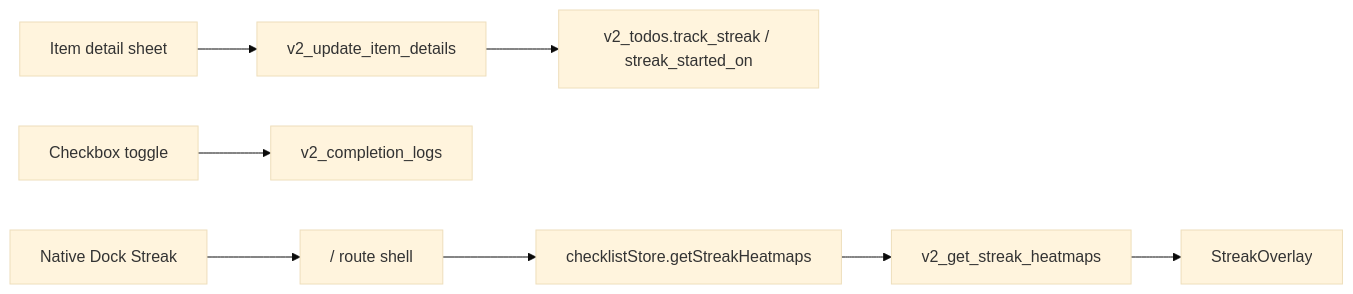
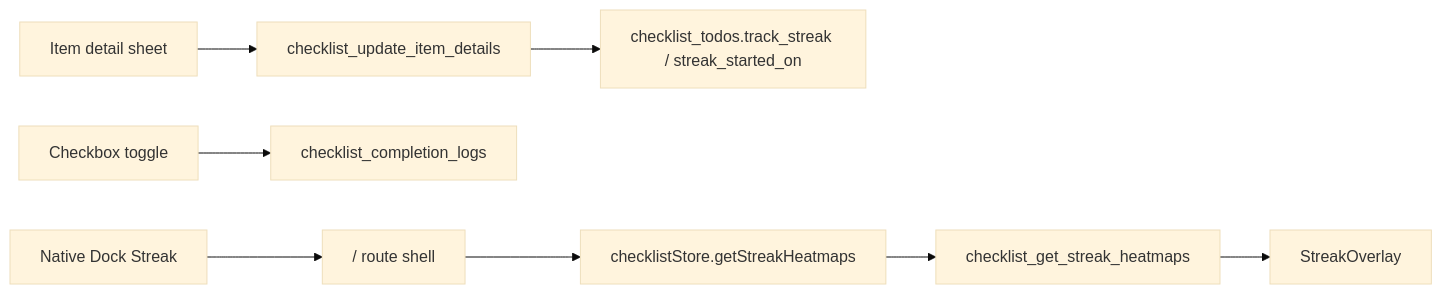
One commit to U-Keun/Tickly changed the diagram in docs/rebuild-notes/016-streak-direction.md. Above: the diagram before and after it, drawn with Mermaid (base theme). The commit also changed other lines of this file and 28 other files, not shown here.

````diff
--- a/docs/rebuild-notes/016-streak-direction.md
+++ b/docs/rebuild-notes/016-streak-direction.md
@@ -11,10 +11,10 @@
 ```mermaid
 flowchart LR
-  Detail["Item detail sheet"] --> Update["v2_update_item_details"]
-  Update --> Todo["v2_todos.track_streak / streak_started_on"]
-  Toggle["Checkbox toggle"] --> Logs["v2_completion_logs"]
+  Detail["Item detail sheet"] --> Update["checklist_update_item_details"]
+  Update --> Todo["checklist_todos.track_streak / streak_started_on"]
+  Toggle["Checkbox toggle"] --> Logs["checklist_completion_logs"]
   Dock["Native Dock Streak"] --> Route["/ route shell"]
   Route --> Store["checklistStore.getStreakHeatmaps"]
-  Store --> Command["v2_get_streak_heatmaps"]
+  Store --> Command["checklist_get_streak_heatmaps"]
   Command --> Overlay["StreakOverlay"]
 ```
````
